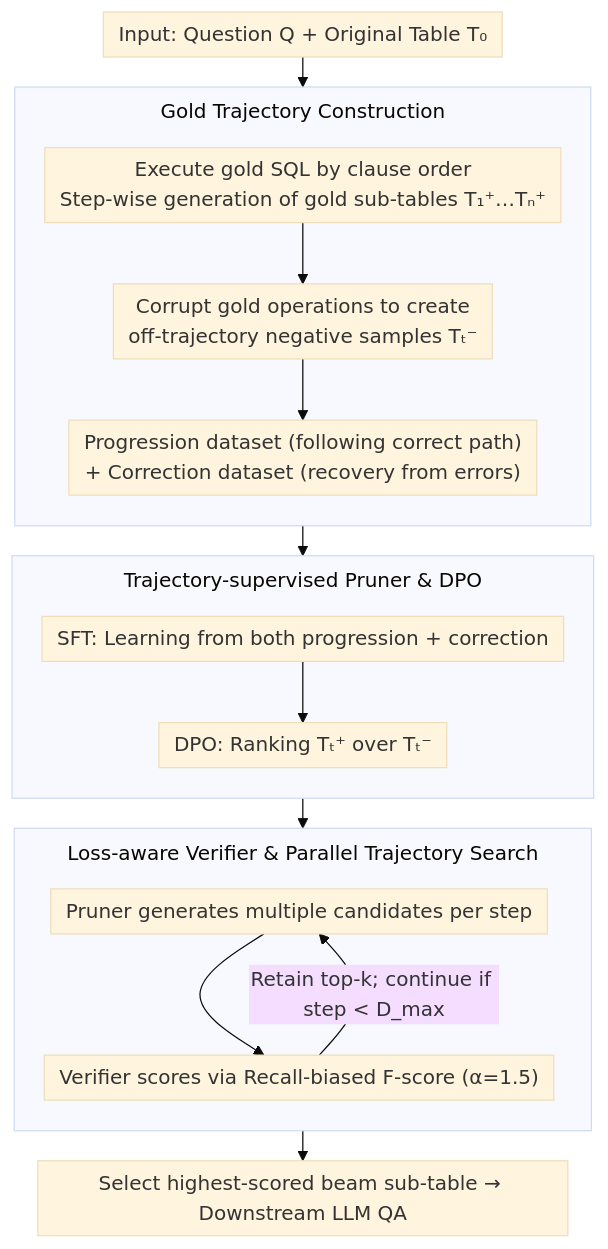
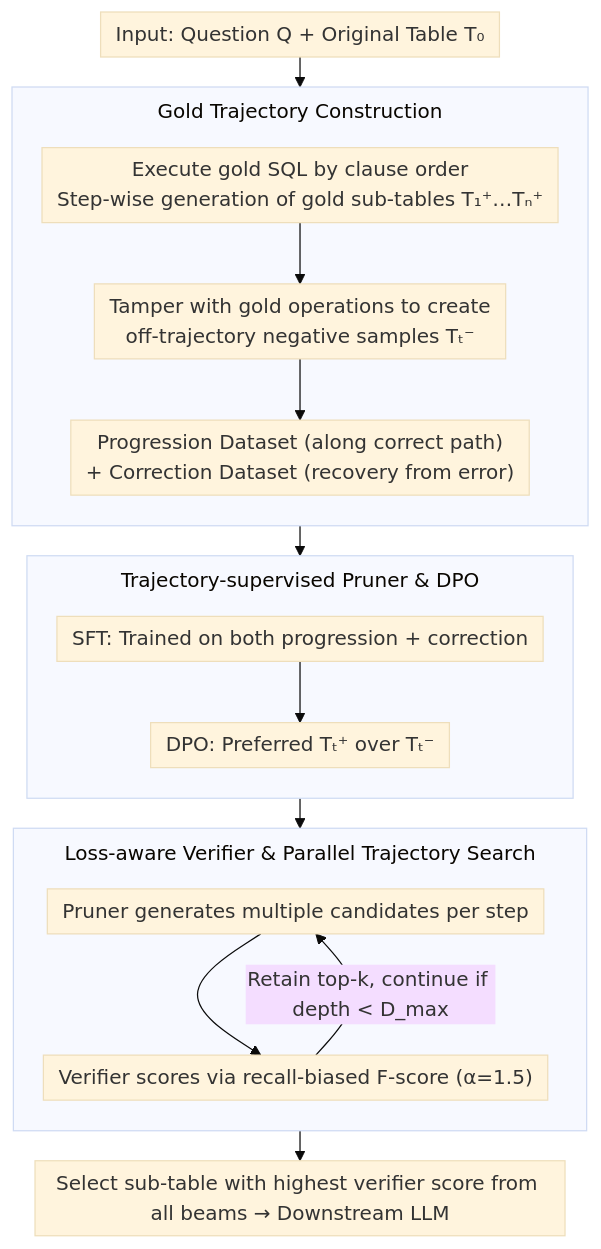
The diagram in docs/ACL2026/model_compression/rethinking_table_pruning_in_tableqa_from_sequential_revisions_to_gold_trajectory.md (zhaoyang97/Paper-Notes-en), drawn with Mermaid (base theme) before and after one commit. The commit also changed other lines of this file and 5084 other files, not shown here.

````diff
--- a/docs/ACL2026/model_compression/rethinking_table_pruning_in_tableqa_from_sequential_revisions_to_gold_trajectory.md
+++ b/docs/ACL2026/model_compression/rethinking_table_pruning_in_tableqa_from_sequential_revisions_to_gold_trajectory.md
@@ -46,21 +46,21 @@
 ```mermaid
 %%{init: {'flowchart': {'rankSpacing': 24, 'nodeSpacing': 28, 'padding': 6, 'wrappingWidth': 400, 'subGraphTitleMargin': {'top': 8, 'bottom': 16}}}}%%
 flowchart TD
     Q["Input: Question Q + Original Table T₀"]
     subgraph GT["Gold Trajectory Construction"]
         direction TB
-        S1["Execute gold SQL by clause order<br/>Step-wise generation of gold sub-tables T₁⁺…Tₙ⁺"] --> S2["Corrupt gold operations to create<br/>off-trajectory negative samples Tₜ⁻"]
-        S2 --> S3["Progression dataset (following correct path)<br/>+ Correction dataset (recovery from errors)"]
+        S1["Execute gold SQL by clause order<br/>Step-wise generation of gold sub-tables T₁⁺…Tₙ⁺"] --> S2["Tamper with gold operations to create<br/>off-trajectory negative samples Tₜ⁻"]
+        S2 --> S3["Progression Dataset (along correct path)<br/>+ Correction Dataset (recovery from error)"]
     end
     subgraph PR["Trajectory-supervised Pruner & DPO"]
         direction TB
-        P1["SFT: Learning from both progression + correction"] --> P2["DPO: Ranking Tₜ⁺ over Tₜ⁻"]
+        P1["SFT: Trained on both progression + correction"] --> P2["DPO: Preferred Tₜ⁺ over Tₜ⁻"]
     end
     subgraph SR["Loss-aware Verifier & Parallel Trajectory Search"]
         direction TB
-        B1["Pruner generates multiple candidates per step"] --> B2["Verifier scores via Recall-biased F-score (α=1.5)"]
-        B2 -->|Retain top-k; continue if step < D_max| B1
+        B1["Pruner generates multiple candidates per step"] --> B2["Verifier scores via recall-biased F-score (α=1.5)"]
+        B2 -->|Retain top-k, continue if depth < D_max| B1
     end
-    OUT["Select highest-scored beam sub-table → Downstream LLM QA"]
+    OUT["Select sub-table with highest verifier score from all beams → Downstream LLM"]
     Q --> GT --> PR --> SR --> OUT
 ```
````
